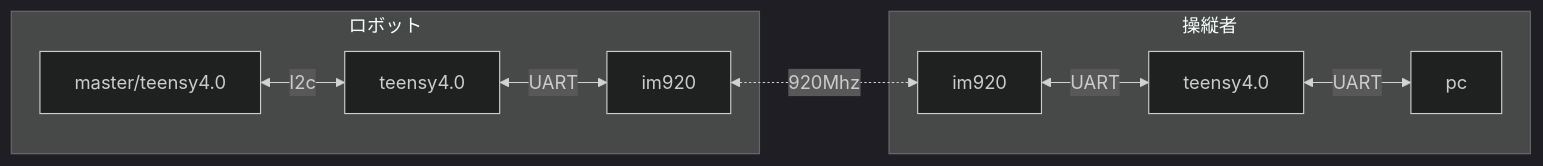
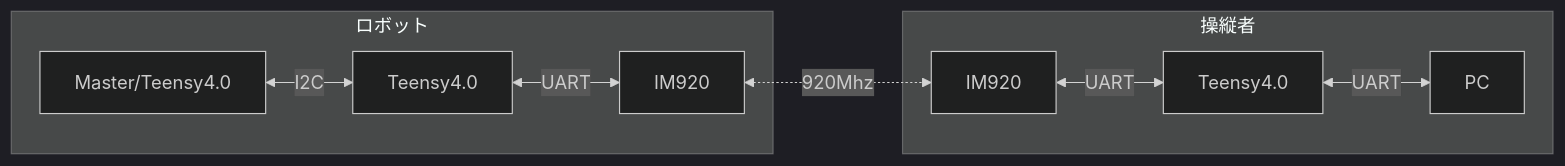
The first of 2 diagrams in README.md (CaseyNelson314/Visualizer), drawn with Mermaid (dark theme) before and after one commit. The commit also changed other lines of this file, not shown here.

````diff
--- a/README.md
+++ b/README.md
@@ -70,9 +61,9 @@
-    ```mermaid
-    flowchart LR
-    	subgraph ロボット
-    	master[master/teensy4.0] <--I2c--> masterForwarding[teensy4.0] <--UART--> masterIm920[im920]
-    	end
-    	subgraph 操縦者
-    	masterIm920 <-.920Mhz.-> toPc[im920] <--UART--> pcForwarding[teensy4.0] <--UART--> pc
-    	end
-    ```
+```mermaid
+flowchart LR
+	subgraph ロボット
+	Master[Master/Teensy4.0] <--I2C--> MasterForwarding[Teensy4.0] <--UART--> MasterIM920[IM920]
+	end
+	subgraph 操縦者
+	MasterIM920 <-.920Mhz.-> ToPC[IM920] <--UART--> PCForwarding[Teensy4.0] <--UART--> PC
+	end
+```
````
